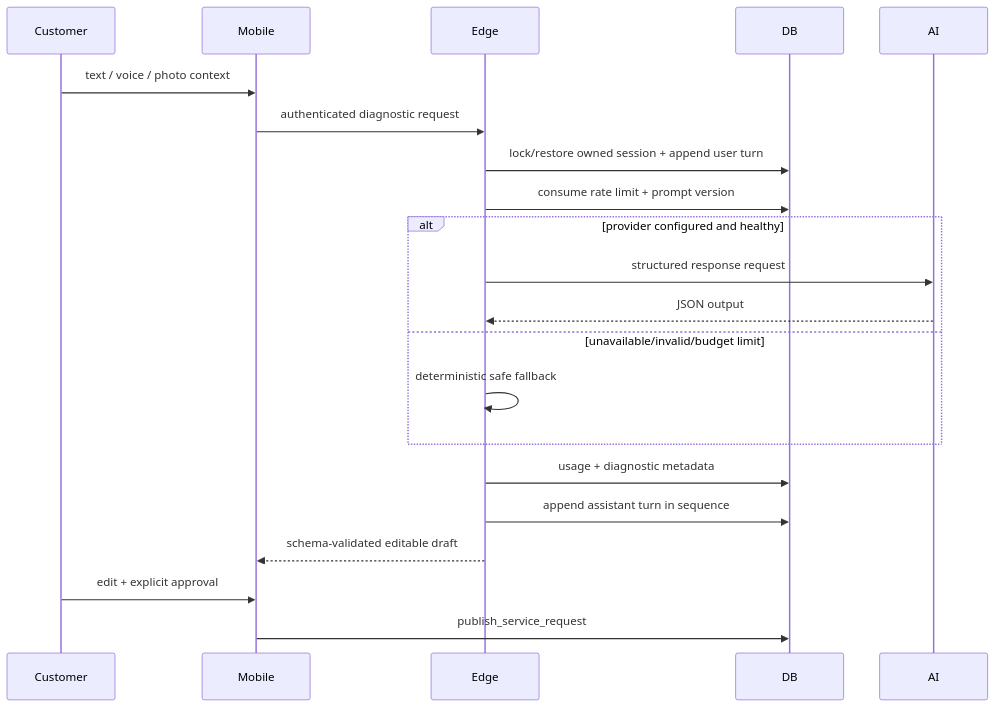
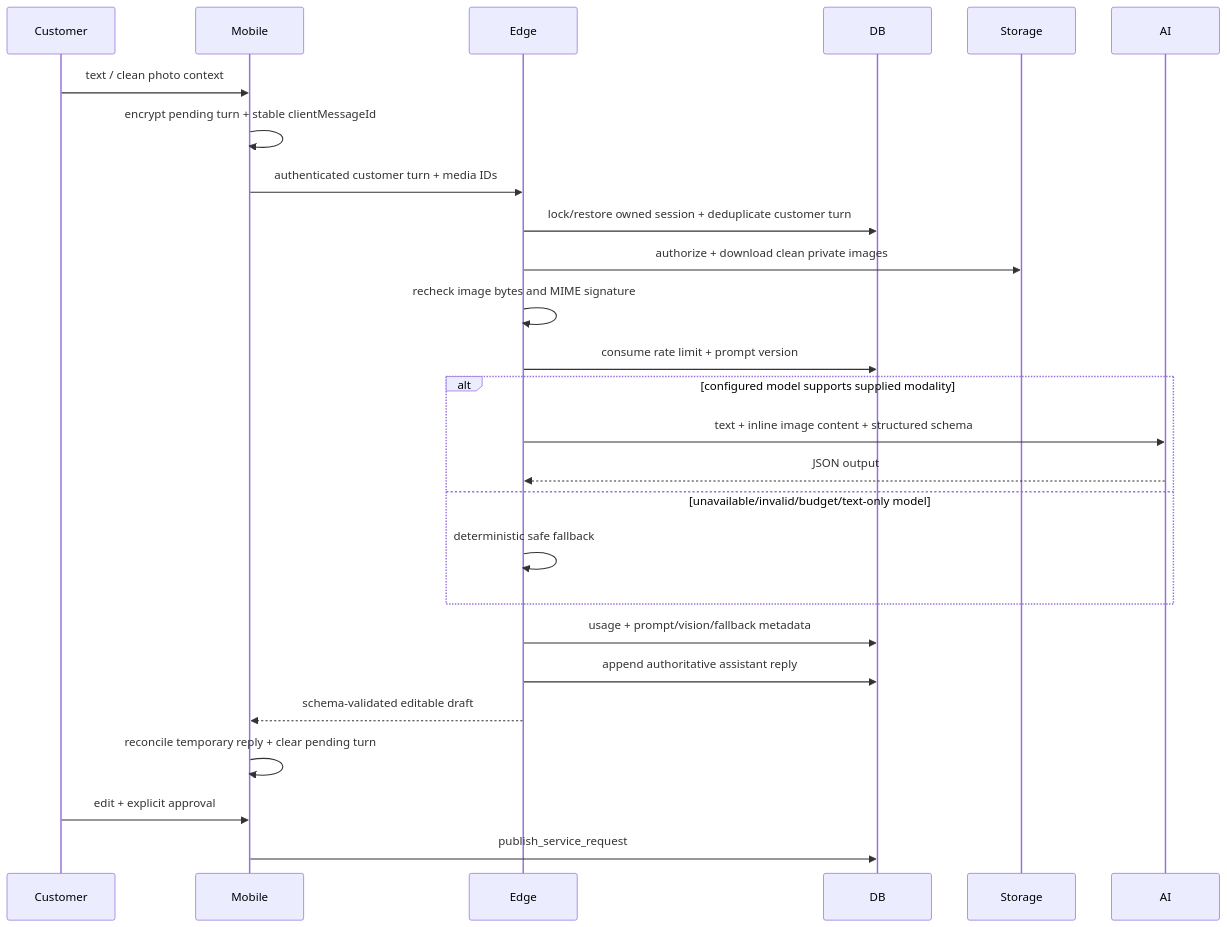
Before and after one commit to mohmammed0/Mohammed-Sallah-app: the diagram in docs/architecture/AI_ARCHITECTURE.md, drawn with Mermaid. The commit also changed other lines of this file and 13 other files, not shown here.

````diff
--- a/docs/architecture/AI_ARCHITECTURE.md
+++ b/docs/architecture/AI_ARCHITECTURE.md
@@ -5,18 +19,22 @@
 ```mermaid
 sequenceDiagram
-  Customer->>Mobile: text / voice / photo context
-  Mobile->>Edge: authenticated diagnostic request
-  Edge->>DB: lock/restore owned session + append user turn
+  Customer->>Mobile: text / clean photo context
+  Mobile->>Mobile: encrypt pending turn + stable clientMessageId
+  Mobile->>Edge: authenticated customer turn + media IDs
+  Edge->>DB: lock/restore owned session + deduplicate customer turn
+  Edge->>Storage: authorize + download clean private images
+  Edge->>Edge: recheck image bytes and MIME signature
   Edge->>DB: consume rate limit + prompt version
-  alt provider configured and healthy
-    Edge->>AI: structured response request
+  alt configured model supports supplied modality
+    Edge->>AI: text + inline image content + structured schema
     AI-->>Edge: JSON output
-  else unavailable/invalid/budget limit
+  else unavailable/invalid/budget/text-only model
     Edge->>Edge: deterministic safe fallback
   end
-  Edge->>DB: usage + diagnostic metadata
-  Edge->>DB: append assistant turn in sequence
+  Edge->>DB: usage + prompt/vision/fallback metadata
+  Edge->>DB: append authoritative assistant reply
   Edge-->>Mobile: schema-validated editable draft
+  Mobile->>Mobile: reconcile temporary reply + clear pending turn
   Customer->>Mobile: edit + explicit approval
   Mobile->>DB: publish_service_request
 ```
````
